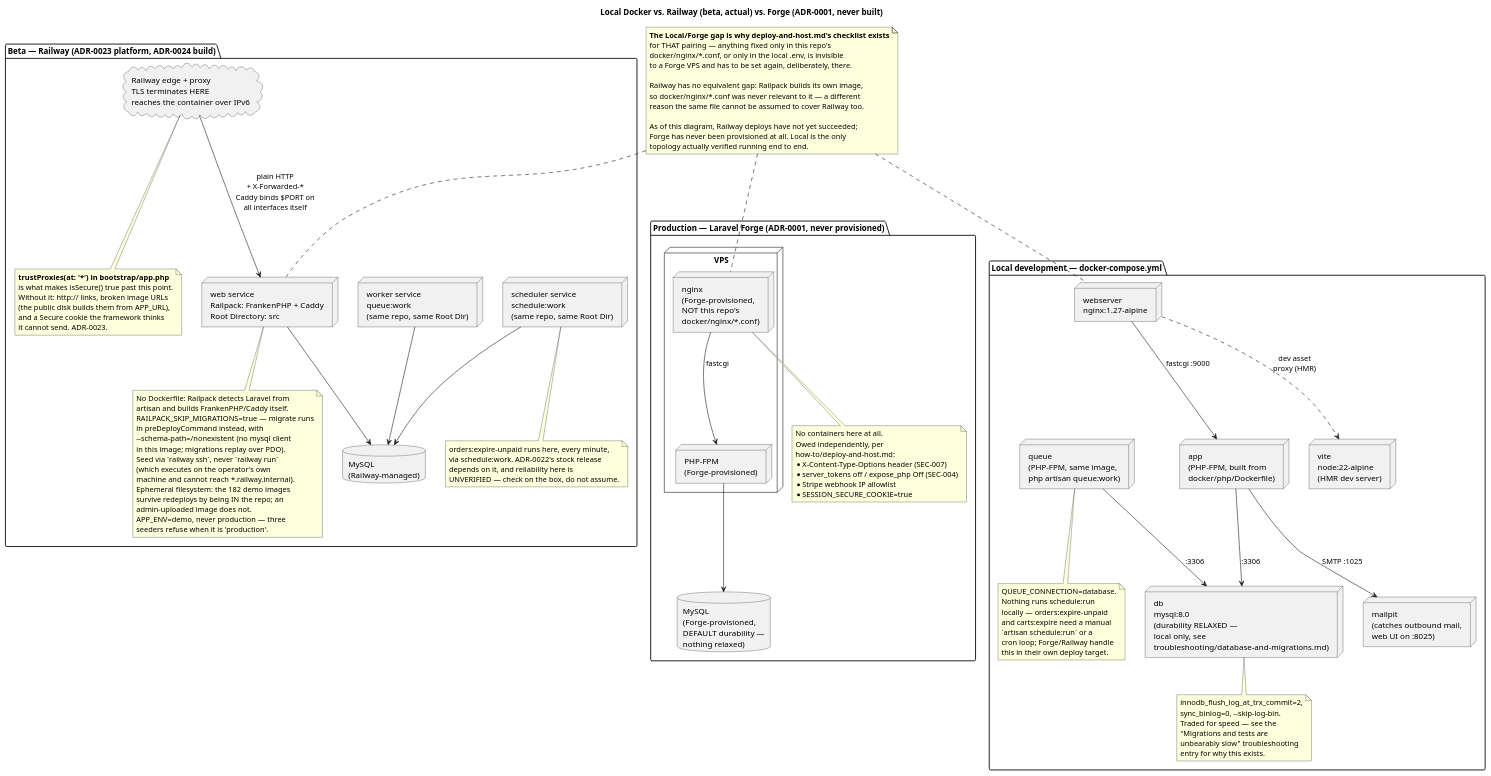
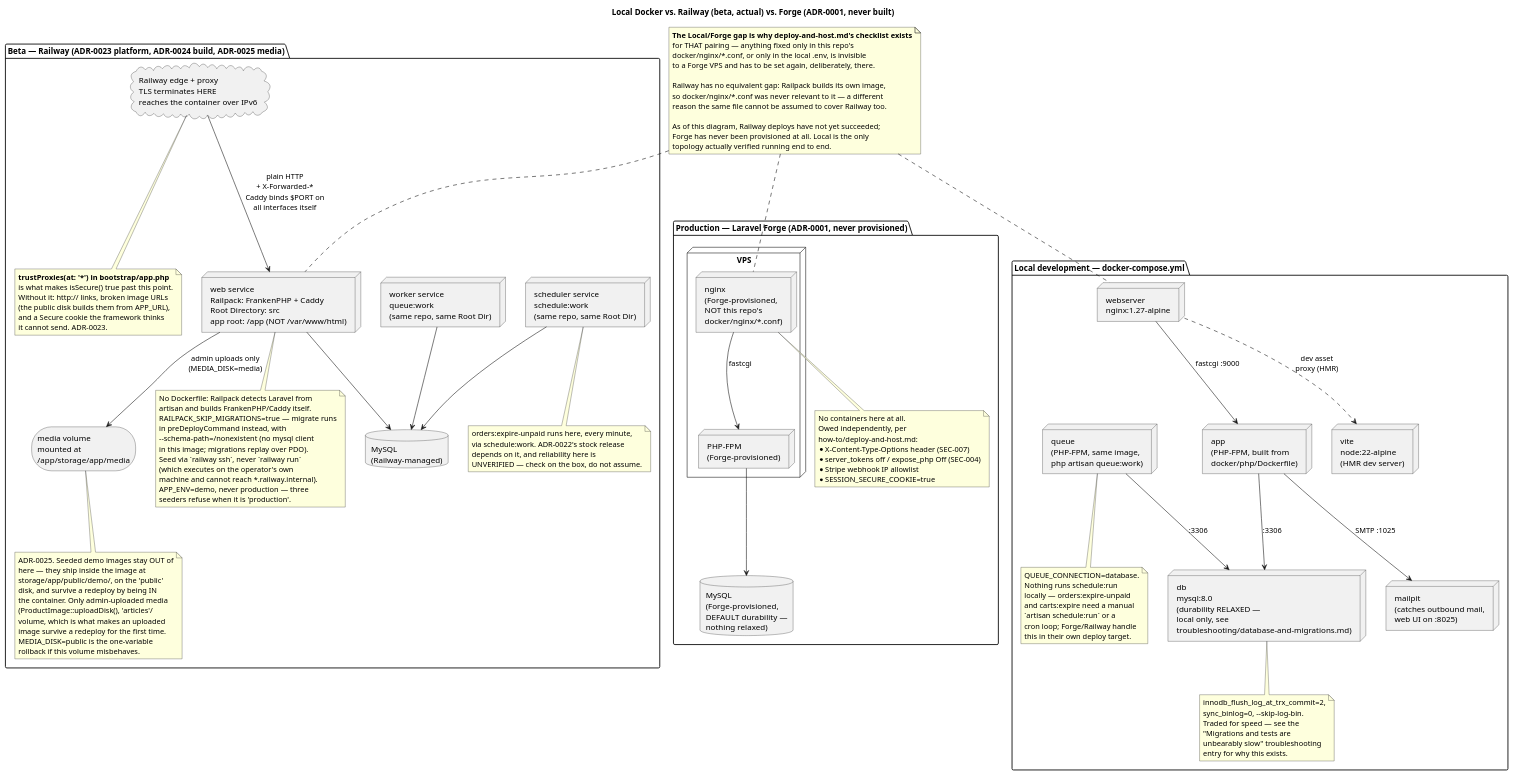
The diagram in docs/reference/diagrams/deployment/deployment.puml (StefanMarinkov05/Amazoff-PHP), drawn with PlantUML before and after one commit. The commit also changed 31 other files, not shown here.

First line of the commit message:
feat(media): split seed and upload disks so uploads survive a redeploy

```diff
--- a/docs/reference/diagrams/deployment/deployment.puml
+++ b/docs/reference/diagrams/deployment/deployment.puml
@@ -1,147 +1,166 @@
 @startuml deployment
 
 ' Three topologies for the same app. Verified against docker-compose.yml and
 ' how-to/deploy-and-host.md. Local + Forge verified 2026-09-07; the Railway
 ' package redrawn 2026-09-12 for ADR-0024 (Railpack, not the custom Dockerfile
 ' ADR-0023 first described — that image failed eleven straight deploys, see
 ' troubleshooting/infra-and-environment.md). Local package re-verified
 ' 2026-09-13 against the current docker-compose.yml: a `queue` service
 ' (php artisan queue:work) now runs locally too, added when
 ' QUEUE_CONNECTION moved off `sync` for the newsletter double-opt-in flow —
 ' it was missing from this diagram until now.
+' Railway package redrawn again 2026-09-14 for ADR-0025 (split seed/upload
+' media disks): a volume is now mounted on the real web service at
+' /app/storage/app/media, confirmed against the live box (app root is /app,
+' NOT /var/www/html — ADR-0023's original path was stale, see ADR-0025).
+' RailwayWorker/RailwayCron remain PLANNED, not yet created — same caveat
+' this diagram already carried before this revision, unchanged here.
 ' The gap between Local and Forge is the whole point of deploy-and-host.md's
 ' checklist — anything fixed only in docker/nginx/*.conf reaches neither
 ' deployed box. Railway has no such gap: Railpack builds its own image, so
 ' this repo's docker/nginx/*.conf was never relevant to it in the first place.
 '
 ' NOTE: the .svg/.pdf beside this file are STALE relative to this source.
 ' Regenerate with the commands in docs/reference/diagrams/README.md — there
 ' is no render script in this repo and nothing regenerates them automatically.
 
 title Local Docker vs. Railway (beta, actual) vs. Forge (ADR-0001, never built)
 
 package "Local development — docker-compose.yml" {
   node "webserver\nnginx:1.27-alpine" as LocalNginx
   node "app\n(PHP-FPM, built from\ndocker/php/Dockerfile)" as LocalApp
   node "db\nmysql:8.0\n(durability RELAXED —\nlocal only, see\ntroubleshooting/database-and-migrations.md)" as LocalDB
   node "vite\nnode:22-alpine\n(HMR dev server)" as LocalVite
   node "mailpit\n(catches outbound mail,\nweb UI on :8025)" as LocalMail
   node "queue\n(PHP-FPM, same image,\nphp artisan queue:work)" as LocalQueue
 
   LocalNginx --> LocalApp : fastcgi :9000
   LocalApp --> LocalDB : :3306
   LocalApp --> LocalMail : SMTP :1025
   LocalNginx ..> LocalVite : dev asset\nproxy (HMR)
   LocalQueue --> LocalDB : :3306
 
   note bottom of LocalQueue
     QUEUE_CONNECTION=database.
     Nothing runs schedule:run
     locally — orders:expire-unpaid
     and carts:expire need a manual
     `artisan schedule:run` or a
     cron loop; Forge/Railway handle
     this in their own deploy target.
   end note
 
   note bottom of LocalDB
     innodb_flush_log_at_trx_commit=2,
     sync_binlog=0, --skip-log-bin.
     Traded for speed — see the
     "Migrations and tests are
     unbearably slow" troubleshooting
     entry for why this exists.
   end note
 }
 
-package "Beta — Railway (ADR-0023 platform, ADR-0024 build)" {
-  node "web service\nRailpack: FrankenPHP + Caddy\nRoot Directory: src" as RailwayWeb
+package "Beta — Railway (ADR-0023 platform, ADR-0024 build, ADR-0025 media)" {
+  node "web service\nRailpack: FrankenPHP + Caddy\nRoot Directory: src\napp root: /app (NOT /var/www/html)" as RailwayWeb
   node "worker service\nqueue:work\n(same repo, same Root Dir)" as RailwayWorker
   node "scheduler service\nschedule:work\n(same repo, same Root Dir)" as RailwayCron
   database "MySQL\n(Railway-managed)" as RailwayDB
+  storage "media volume\nmounted at\n/app/storage/app/media" as RailwayVolume
 
   cloud "Railway edge + proxy\nTLS terminates HERE\nreaches the container over IPv6" as RailwayEdge
 
   RailwayEdge --> RailwayWeb : plain HTTP\n+ X-Forwarded-*\nCaddy binds $PORT on\nall interfaces itself
   RailwayWeb --> RailwayDB
   RailwayWorker --> RailwayDB
   RailwayCron --> RailwayDB
+  RailwayWeb --> RailwayVolume : admin uploads only\n(MEDIA_DISK=media)
 
   note bottom of RailwayEdge
     <b>trustProxies(at: '*') in bootstrap/app.php</b>
     is what makes isSecure() true past this point.
     Without it: http:// links, broken image URLs
     (the public disk builds them from APP_URL),
     and a Secure cookie the framework thinks
     it cannot send. ADR-0023.
   end note
 
   note bottom of RailwayCron
     orders:expire-unpaid runs here, every minute,
     via schedule:work. ADR-0022's stock release
     depends on it, and reliability here is
     UNVERIFIED — check on the box, do not assume.
   end note
 
   note bottom of RailwayWeb
     No Dockerfile: Railpack detects Laravel from
     artisan and builds FrankenPHP/Caddy itself.
     RAILPACK_SKIP_MIGRATIONS=true — migrate runs
     in preDeployCommand instead, with
     --schema-path=/nonexistent (no mysql client
     in this image; migrations replay over PDO).
     Seed via `railway ssh`, never `railway run`
     (which executes on the operator's own
     machine and cannot reach *.railway.internal).
-    Ephemeral filesystem: the 182 demo images
-    survive redeploys by being IN the repo; an
-    admin-uploaded image does not.
     APP_ENV=demo, never production — three
     seeders refuse when it is 'production'.
+  end note
+
+  note bottom of RailwayVolume
+    ADR-0025. Seeded demo images stay OUT of
+    here — they ship inside the image at
+    storage/app/public/demo/, on the 'public'
+    disk, and survive a redeploy by being IN
+    the container. Only admin-uploaded media
+    (ProductImage::uploadDisk(), 'articles'/
+    'product-images' prefixes) lands on this
+    volume, which is what makes an uploaded
+    image survive a redeploy for the first time.
+    MEDIA_DISK=public is the one-variable
+    rollback if this volume misbehaves.
   end note
 }
 
 package "Production — Laravel Forge (ADR-0001, never provisioned)" {
   node "VPS" {
     node "nginx\n(Forge-provisioned,\nNOT this repo's\ndocker/nginx/*.conf)" as ProdNginx
     node "PHP-FPM\n(Forge-provisioned)" as ProdApp
   }
   database "MySQL\n(Forge-provisioned,\nDEFAULT durability —\nnothing relaxed)" as ProdDB
 
   ProdNginx --> ProdApp : fastcgi
   ProdApp --> ProdDB
 
   note bottom of ProdNginx
     No containers here at all.
     Owed independently, per
     how-to/deploy-and-host.md:
     * X-Content-Type-Options header (SEC-007)
     * server_tokens off / expose_php Off (SEC-004)
     * Stripe webhook IP allowlist
     * SESSION_SECURE_COOKIE=true
   end note
 }
 
 LocalNginx -[hidden]right-> RailwayWeb
 RailwayWeb -[hidden]right-> ProdNginx
 
 note as Gap
   <b>The Local/Forge gap is why deploy-and-host.md's checklist exists</b>
   for THAT pairing — anything fixed only in this repo's
   docker/nginx/*.conf, or only in the local .env, is invisible
   to a Forge VPS and has to be set again, deliberately, there.
 
   Railway has no equivalent gap: Railpack builds its own image,
   so docker/nginx/*.conf was never relevant to it — a different
   reason the same file cannot be assumed to cover Railway too.
 
   As of this diagram, Railway deploys have not yet succeeded;
   Forge has never been provisioned at all. Local is the only
   topology actually verified running end to end.
 end note
 
 Gap .. LocalNginx
 Gap .. RailwayWeb
 Gap .. ProdNginx
 
 @enduml
```
